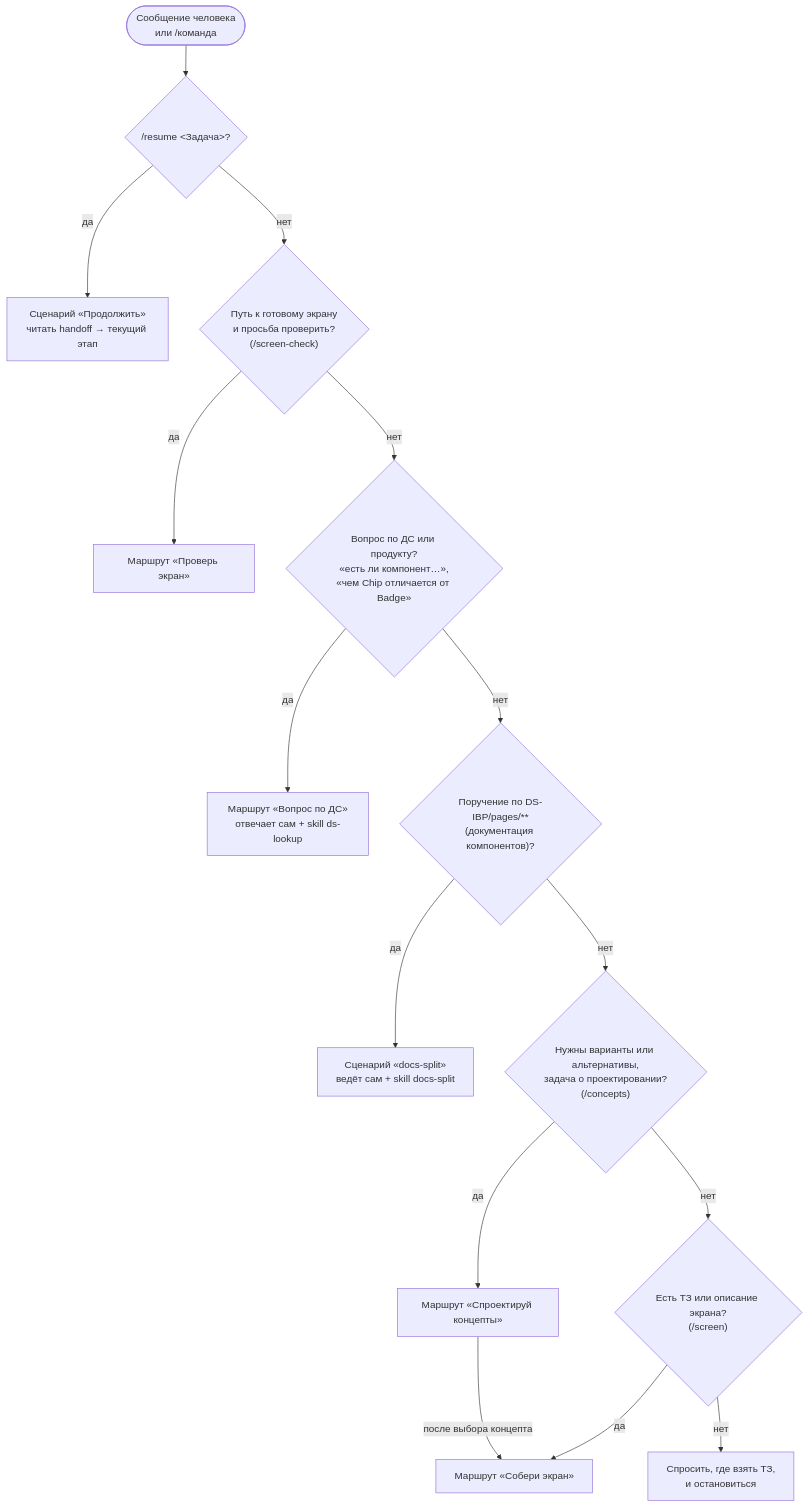
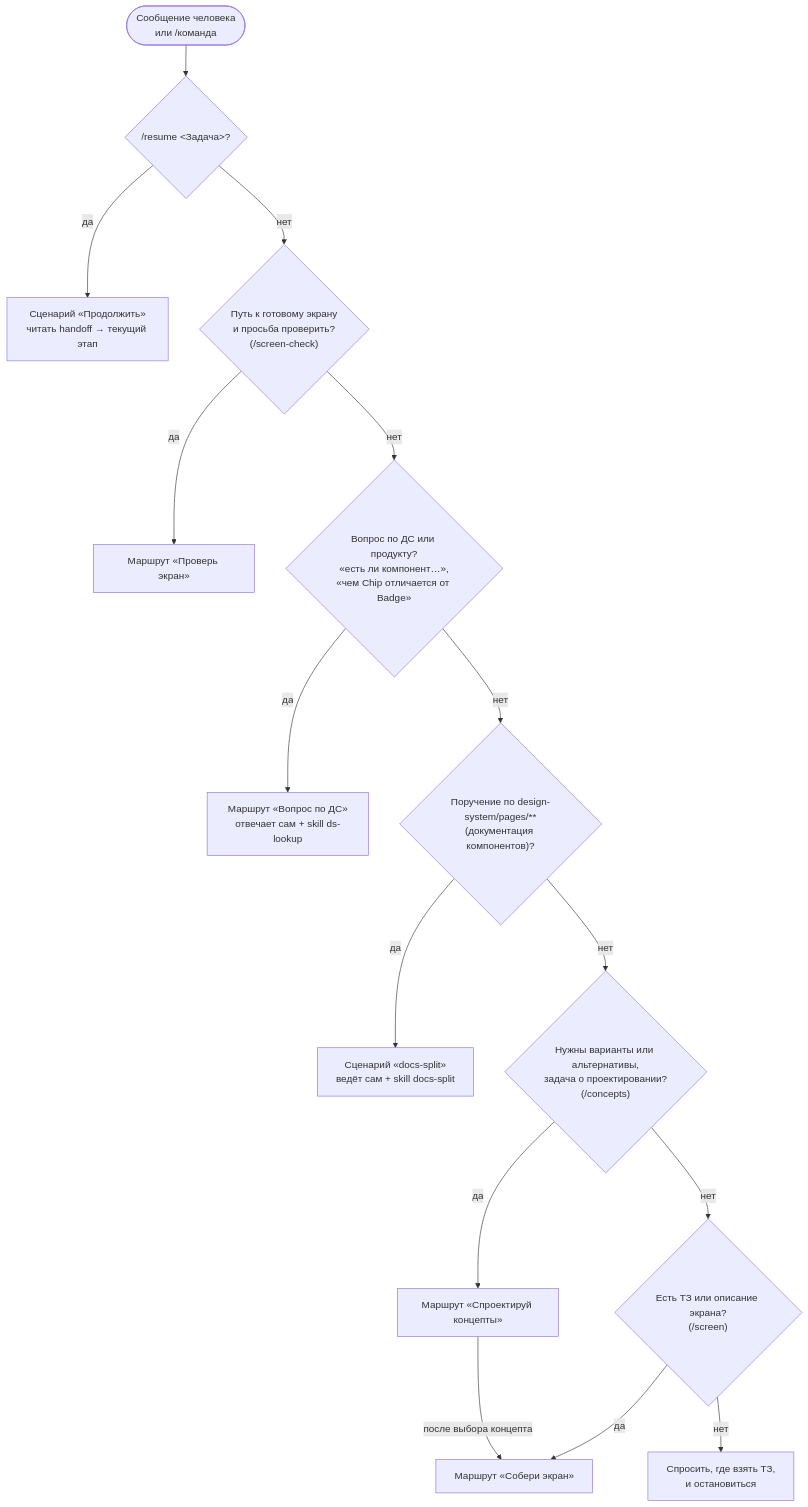
The second of 4 diagrams in docs/agent-ai-designer-working-process.md (sarosekml/ibp-design-project), drawn with Mermaid before and after one commit. The commit also changed other lines of this file and 482 other files, not shown here.

````diff
--- a/docs/agent-ai-designer-working-process.md
+++ b/docs/agent-ai-designer-working-process.md
@@ -129,18 +129,18 @@
 ```mermaid
 flowchart TD
     IN(["Сообщение человека<br/>или /команда"]) --> RESUME{"/resume &lt;Задача&gt;?"}
     RESUME -- да --> R_RES["Сценарий «Продолжить»<br/>читать handoff → текущий этап"]
     RESUME -- нет --> Q1{"Путь к готовому экрану<br/>и просьба проверить?<br/>(/screen-check)"}
     Q1 -- да --> R_CHECK["Маршрут «Проверь экран»"]
     Q1 -- нет --> Q2{"Вопрос по ДС или продукту?<br/>«есть ли компонент…»,<br/>«чем Chip отличается от Badge»"}
     Q2 -- да --> R_ASK["Маршрут «Вопрос по ДС»<br/>отвечает сам + skill ds-lookup"]
-    Q2 -- нет --> Q3{"Поручение по DS-IBP/pages/**<br/>(документация компонентов)?"}
+    Q2 -- нет --> Q3{"Поручение по design-system/pages/**<br/>(документация компонентов)?"}
     Q3 -- да --> R_DOCS["Сценарий «docs-split»<br/>ведёт сам + skill docs-split"]
     Q3 -- нет --> Q4{"Нужны варианты или альтернативы,<br/>задача о проектировании?<br/>(/concepts)"}
     Q4 -- да --> R_CONC["Маршрут «Спроектируй концепты»"]
     Q4 -- нет --> Q6{"Есть ТЗ или описание экрана?<br/>(/screen)"}
     Q6 -- да --> R_BUILD["Маршрут «Собери экран»"]
     Q6 -- нет --> ASK["Спросить, где взять ТЗ,<br/>и остановиться"]
 
     R_CONC -- "после выбора концепта" --> R_BUILD
 ```
````
